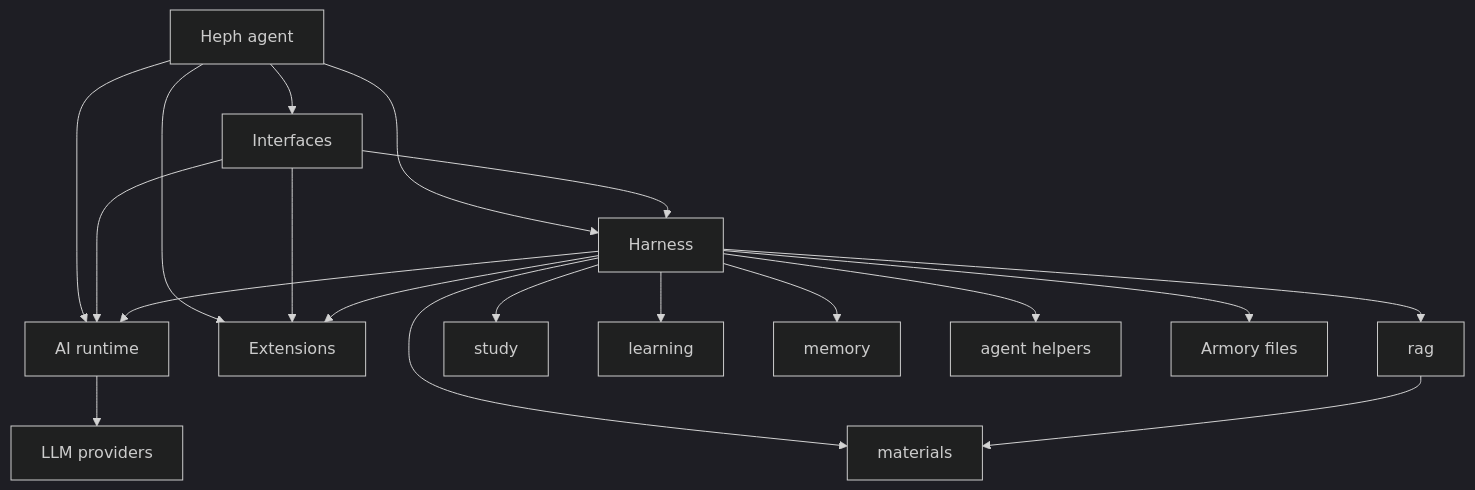
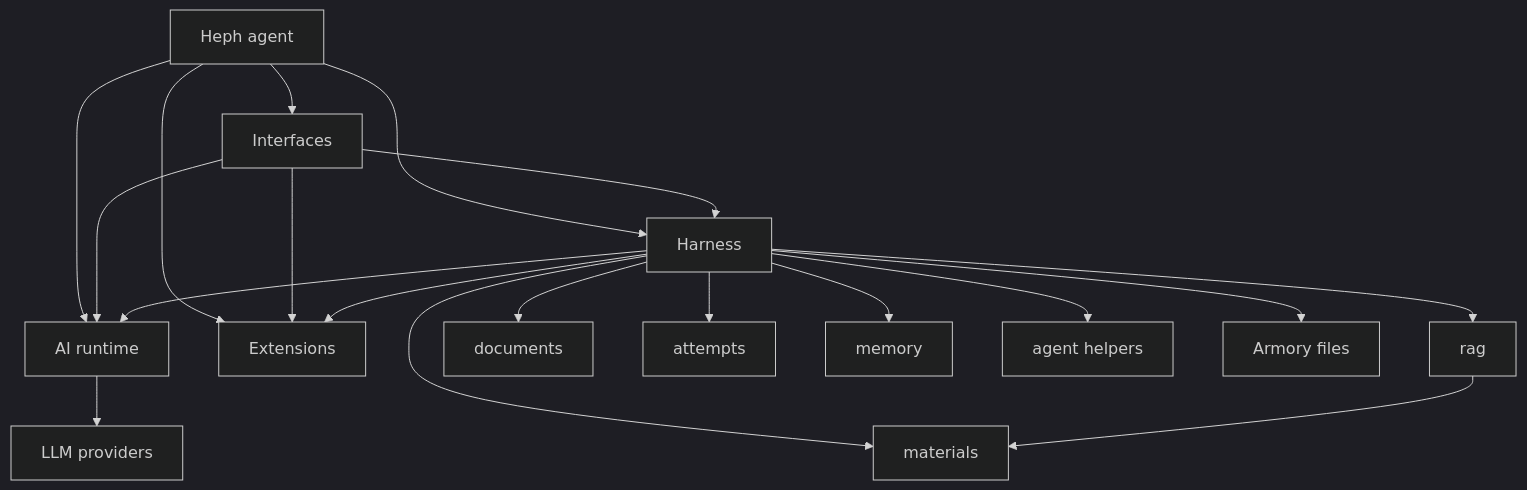
Before and after one commit to gildrb/heph: the first of 3 diagrams in docs/architecture.md, drawn with Mermaid (dark theme). The commit also changed other lines of this file and 130 other files, not shown here.

````diff
--- a/docs/architecture.md
+++ b/docs/architecture.md
@@ -66,21 +66,21 @@
 ```mermaid
 graph TD
     Heph["Heph agent"] --> Interfaces["Interfaces"]
     Heph --> Harness["Harness"]
     Heph --> AI["AI runtime"]
     Heph --> Extensions["Extensions"]
     Interfaces --> Harness
     Interfaces --> AI
     Interfaces --> Extensions
     Harness --> AI
     Harness --> Extensions
     Harness --> Materials["materials"]
     Harness --> RAG["rag"]
-    Harness --> Study["study"]
-    Harness --> Learning["learning"]
+    Harness --> Documents["documents"]
+    Harness --> Attempts["attempts"]
     Harness --> Memory["memory"]
     Harness --> AgentLoop["agent helpers"]
     RAG --> Materials
     AI --> LLM["LLM providers"]
     Harness --> FileStore["Armory files"]
 ```
````
